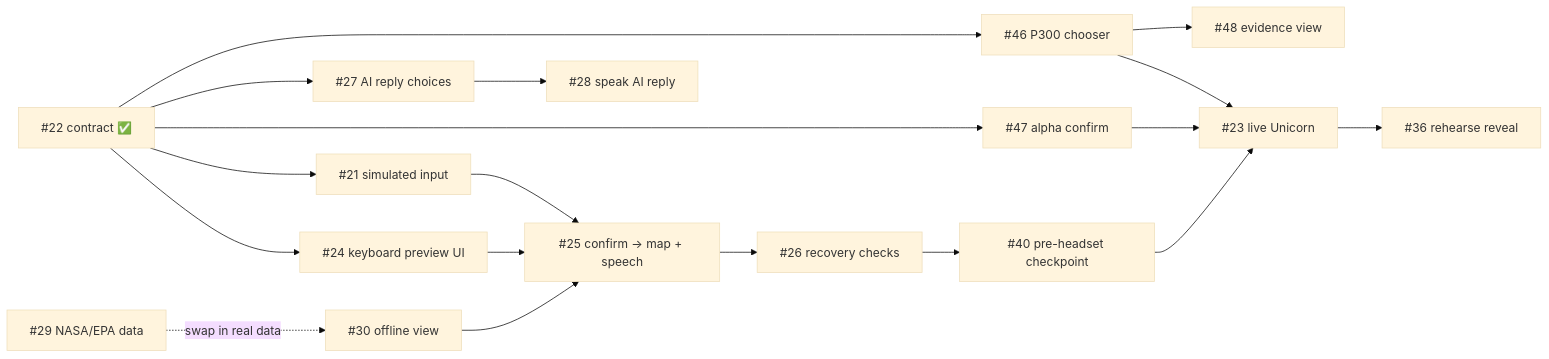
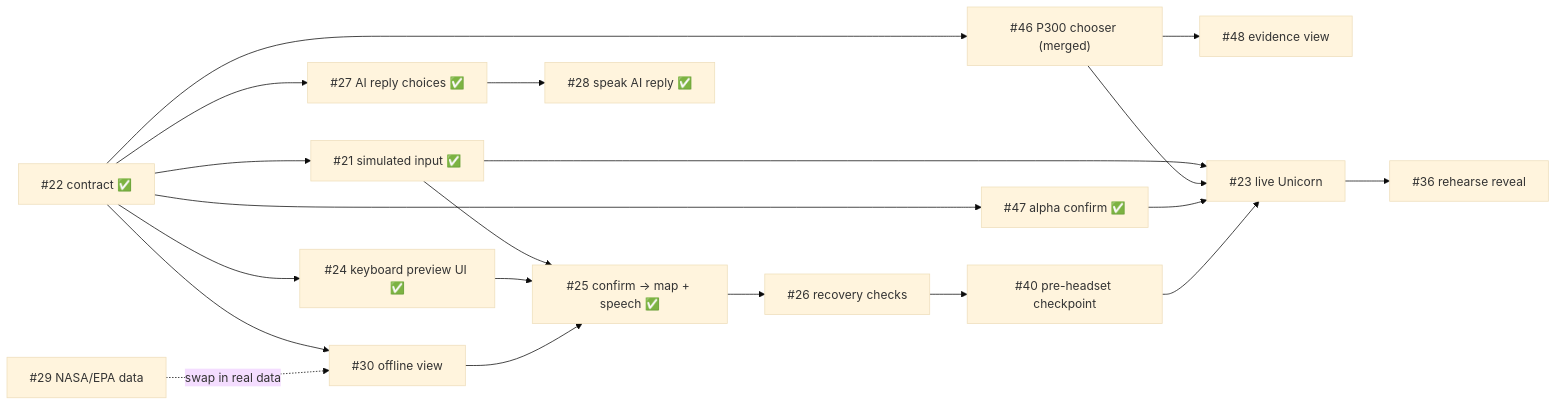
One commit to Order-of-the-Golden-Eagles/Signal2Speech changed the second of 2 diagrams in docs/architecture/selection-contract.md. Above: the diagram before and after it, drawn with Mermaid (base theme). The commit also changed other lines of this file and 3 other files, not shown here.

First line of the commit message:
Sync architecture docs with main and add a current-status table (#1) (#71)

````diff
--- a/docs/architecture/selection-contract.md
+++ b/docs/architecture/selection-contract.md
@@ -154,20 +179,22 @@
 ```mermaid
 flowchart LR
-    I22["#22 contract ✅"] --> I21["#21 simulated input"]
-    I22 --> I24["#24 keyboard preview UI"]
-    I22 --> I27["#27 AI reply choices"]
-    I22 --> I46["#46 P300 chooser"]
-    I22 --> I47["#47 alpha confirm"]
-    I29["#29 NASA/EPA data"] -.->|swap in real data| I30["#30 offline view"]
-    I21 --> I25["#25 confirm → map + speech"]
+    I22["#22 contract ✅"] --> I21["#21 simulated input ✅"]
+    I22 --> I24["#24 keyboard preview UI ✅"]
+    I22 --> I27["#27 AI reply choices ✅"]
+    I22 --> I46["#46 P300 chooser (merged)"]
+    I22 --> I47["#47 alpha confirm ✅"]
+    I22 --> I30["#30 offline view"]
+    I29["#29 NASA/EPA data"] -.->|swap in real data| I30
+    I21 --> I25["#25 confirm → map + speech ✅"]
     I24 --> I25
     I30 --> I25
     I46 --> I48["#48 evidence view"]
     I25 --> I26["#26 recovery checks"]
     I26 --> I40["#40 pre-headset checkpoint"]
+    I21 --> I23
     I46 --> I23["#23 live Unicorn"]
     I47 --> I23
     I40 --> I23
     I23 --> I36["#36 rehearse reveal"]
-    I27 --> I28["#28 speak AI reply"]
+    I27 --> I28["#28 speak AI reply ✅"]
 ```
````
